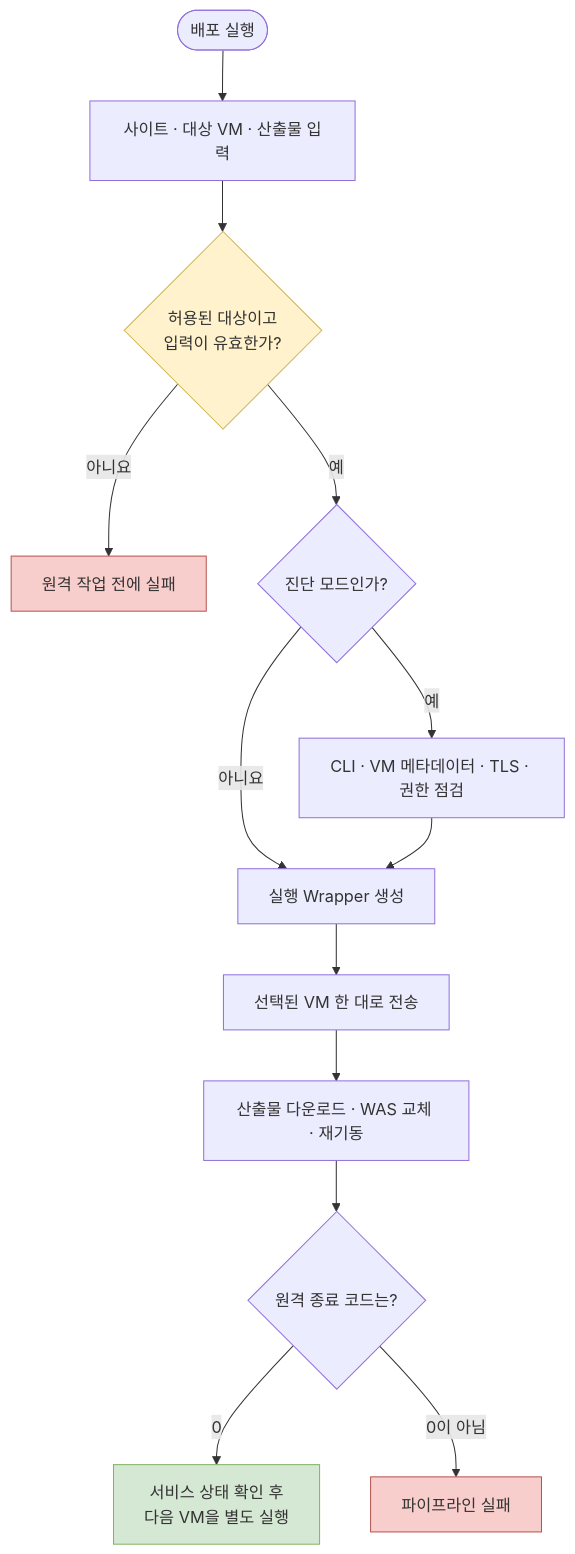
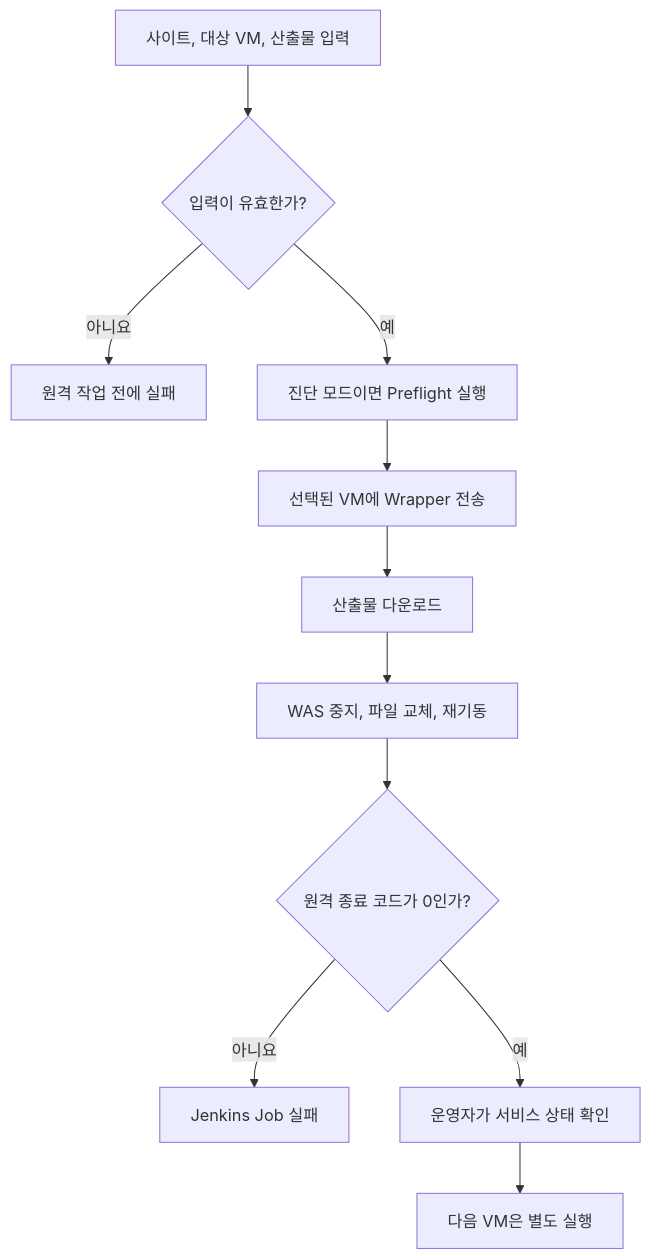
Before and after one commit to inchangson/inchangson.github.io: the diagram in src/content/posts/navigation-cd-01-targeted-deployment.md, drawn with Mermaid. The commit also changed other lines of this file and 8 other files, not shown here.

````diff
--- a/src/content/posts/navigation-cd-01-targeted-deployment.md
+++ b/src/content/posts/navigation-cd-01-targeted-deployment.md
@@ -43,20 +29,13 @@
 ```mermaid
 flowchart TD
-    START(["배포 실행"]) --> INPUT["사이트 · 대상 VM · 산출물 입력"]
-    INPUT --> VALID{"허용된 대상이고<br/>입력이 유효한가?"}
+    INPUT["사이트, 대상 VM, 산출물 입력"] --> VALID{"입력이 유효한가?"}
     VALID -->|"아니요"| REJECT["원격 작업 전에 실패"]
-    VALID -->|"예"| PREFLIGHT{"진단 모드인가?"}
-    PREFLIGHT -->|"예"| CHECK["CLI · VM 메타데이터 · TLS · 권한 점검"]
-    PREFLIGHT -->|"아니요"| WRAP["실행 Wrapper 생성"]
-    CHECK --> WRAP
-    WRAP --> TRANSFER["선택된 VM 한 대로 전송"]
-    TRANSFER --> DEPLOY["산출물 다운로드 · WAS 교체 · 재기동"]
-    DEPLOY --> RESULT{"원격 종료 코드는?"}
-    RESULT -->|"0"| VERIFY["서비스 상태 확인 후<br/>다음 VM을 별도 실행"]
-    RESULT -->|"0이 아님"| FAIL["파이프라인 실패"]
-
-    style VALID fill:#fff2cc,stroke:#d6b656
-    style REJECT fill:#f8cecc,stroke:#b85450
-    style FAIL fill:#f8cecc,stroke:#b85450
-    style VERIFY fill:#d5e8d4,stroke:#82b366
+    VALID -->|"예"| DIAG["진단 모드이면 Preflight 실행"]
+    DIAG --> COPY["선택된 VM에 Wrapper 전송"]
+    COPY --> DOWNLOAD["산출물 다운로드"]
+    DOWNLOAD --> DEPLOY["WAS 중지, 파일 교체, 재기동"]
+    DEPLOY --> EXIT{"원격 종료 코드가 0인가?"}
+    EXIT -->|"아니요"| FAIL["Jenkins Job 실패"]
+    EXIT -->|"예"| CHECK["운영자가 서비스 상태 확인"]
+    CHECK --> NEXT["다음 VM은 별도 실행"]
 ```
````
